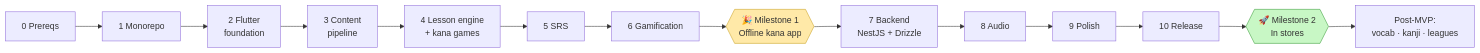
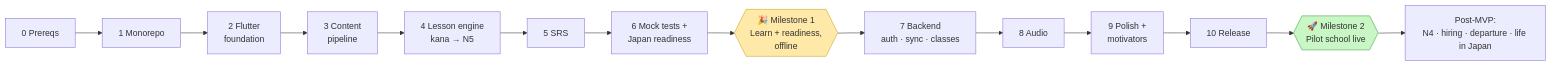
Before and after one commit to daze17/nihongo: the first of 6 diagrams in PLAN.md, drawn with Mermaid. The commit also changed other lines of this file and 191 other files, not shown here.

````diff
--- a/PLAN.md
+++ b/PLAN.md
@@ -33,19 +53,19 @@
 ```mermaid
 flowchart LR
     P0[0 Prereqs] --> P1[1 Monorepo]
     P1 --> P2[2 Flutter<br/>foundation]
     P2 --> P3[3 Content<br/>pipeline]
-    P3 --> P4[4 Lesson engine<br/>+ kana games]
+    P3 --> P4[4 Lesson engine<br/>kana → N5]
     P4 --> P5[5 SRS]
-    P5 --> P6[6 Gamification]
-    P6 --> M1{{🎉 Milestone 1<br/>Offline kana app}}
-    M1 --> P7[7 Backend<br/>NestJS + Drizzle]
+    P5 --> P6[6 Mock tests +<br/>Japan readiness]
+    P6 --> M1{{🎉 Milestone 1<br/>Learn + readiness,<br/>offline}}
+    M1 --> P7[7 Backend<br/>auth · sync · classes]
     P7 --> P8[8 Audio]
-    P8 --> P9[9 Polish]
+    P8 --> P9[9 Polish +<br/>motivators]
     P9 --> P10[10 Release]
-    P10 --> M2{{🚀 Milestone 2<br/>In stores}}
-    M2 --> P11[Post-MVP:<br/>vocab · kanji · leagues]
+    P10 --> M2{{🚀 Milestone 2<br/>Pilot school live}}
+    M2 --> P11[Post-MVP:<br/>N4 · hiring · departure · life in Japan]
 
     style M1 fill:#ffe9a8,stroke:#c9a227
     style M2 fill:#c8f7c5,stroke:#3c9d3c
 ```
````
